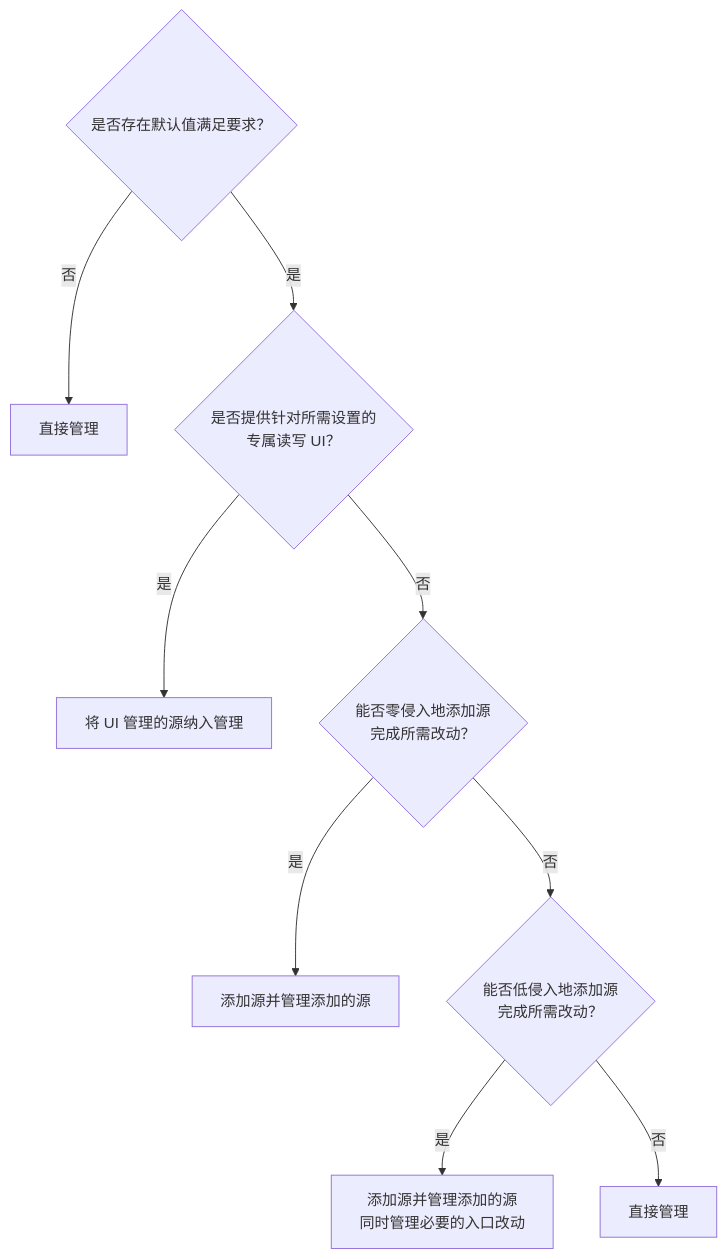
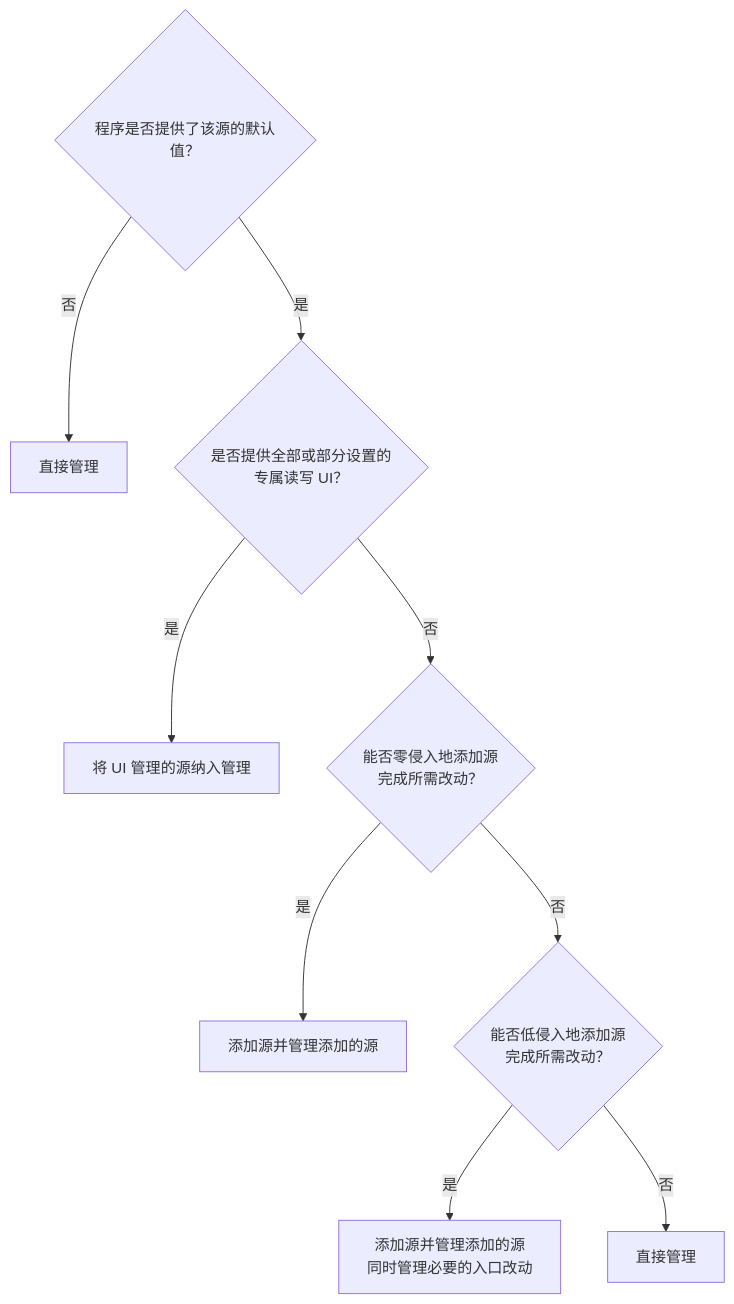
One commit to zxzxn3/.cfg-public changed the diagram in README.md. Above: the diagram before and after it, drawn with Mermaid. The commit also changed other lines of this file and 7 other files, not shown here.

````diff
--- a/README.md
+++ b/README.md
@@ -45,15 +46,15 @@
   ```mermaid
   flowchart TD
-    A{"是否存在默认值满足要求？"}
+    A{"程序是否提供了该源的默认值？"}
     A -- 否 --> B["直接管理"]
-    A -- 是 --> C{"是否提供针对所需设置的<br/>专属读写 UI？"}
+    A -- 是 --> C{"是否提供全部或部分设置的<br/>专属读写 UI？"}
 
     C -- 是 --> D["将 UI 管理的源纳入管理"]
     C -- 否 --> E{"能否零侵入地添加源<br/>完成所需改动？"}
 
     E -- 是 --> F["添加源并管理添加的源"]
     E -- 否 --> G{"能否低侵入地添加源<br/>完成所需改动？"}
 
     G -- 是 --> H["添加源并管理添加的源<br/>同时管理必要的入口改动"]
     G -- 否 --> I["直接管理"]
   ```
````
